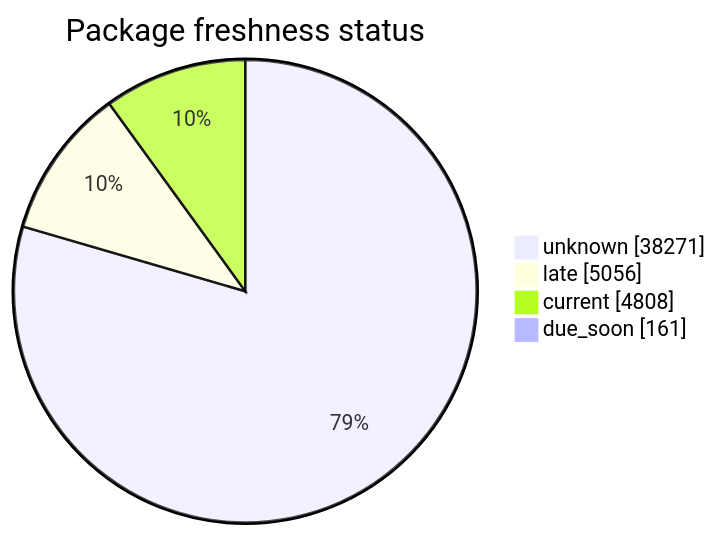
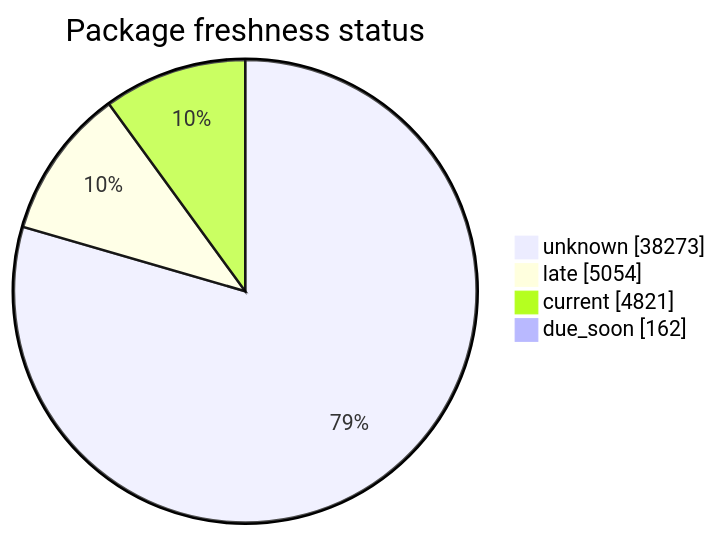
One commit to open-data/analytics-corporate-reporting changed the second of 5 diagrams in FreshCheck/README.md. Above: the diagram before and after it, drawn with Mermaid. The commit also changed other lines of this file and 3 other files, not shown here.

````diff
--- a/FreshCheck/README.md
+++ b/FreshCheck/README.md
@@ -68,7 +68,7 @@
 ```mermaid
 pie showData title Package freshness status
-    "unknown": 38271
-    "late": 5056
-    "current": 4808
-    "due_soon": 161
+    "unknown": 38273
+    "late": 5054
+    "current": 4821
+    "due_soon": 162
 ```
````
